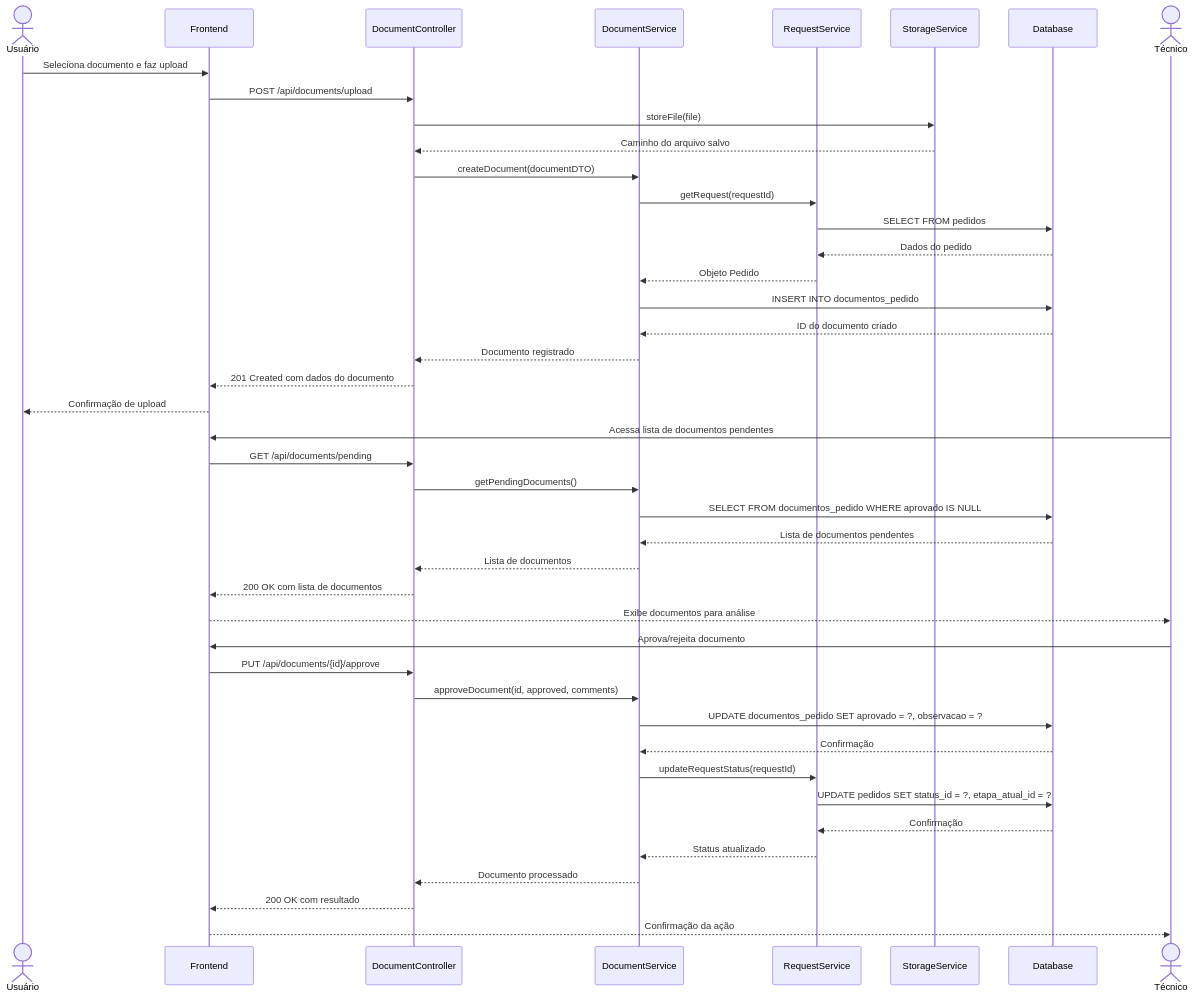
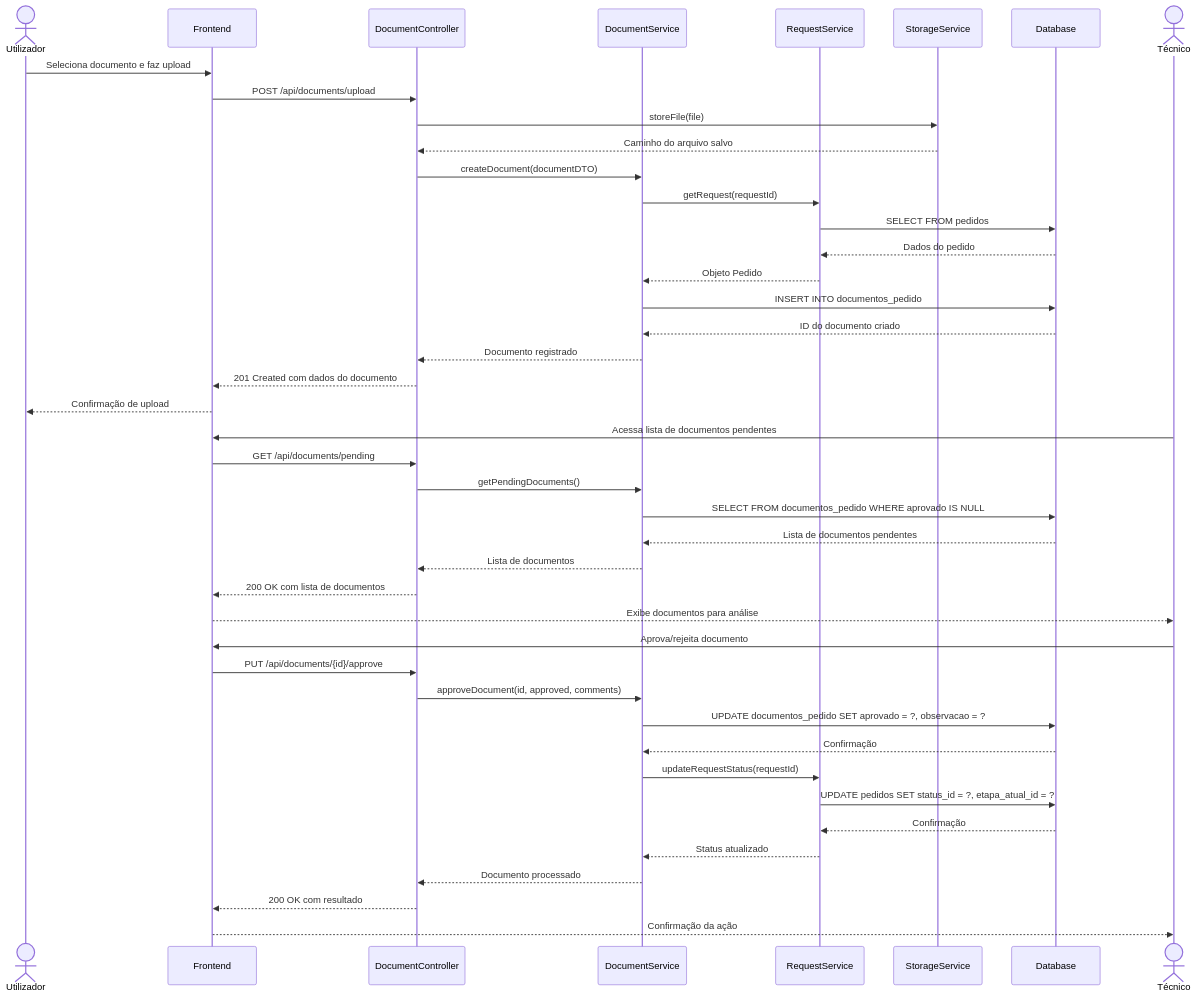
Before and after one commit to tchspprtcv/simple: the third of 5 diagrams in docs/dev/sequence_diagrams.md, drawn with Mermaid. The commit also changed other lines of this file and 24 other files, not shown here.

````diff
--- a/docs/dev/sequence_diagrams.md
+++ b/docs/dev/sequence_diagrams.md
@@ -96,53 +96,53 @@
 ```mermaid
 sequenceDiagram
-    actor Usuário
+    actor Utilizador
     participant Frontend
     participant DocumentController
     participant DocumentService
     participant RequestService
     participant StorageService
     participant Database
     
-    Usuário->>Frontend: Seleciona documento e faz upload
+    Utilizador->>Frontend: Seleciona documento e faz upload
     Frontend->>DocumentController: POST /api/documents/upload
     
     DocumentController->>StorageService: storeFile(file)
     StorageService-->>DocumentController: Caminho do arquivo salvo
     
     DocumentController->>DocumentService: createDocument(documentDTO)
     DocumentService->>RequestService: getRequest(requestId)
     RequestService->>Database: SELECT FROM pedidos
     Database-->>RequestService: Dados do pedido
     RequestService-->>DocumentService: Objeto Pedido
     
     DocumentService->>Database: INSERT INTO documentos_pedido
     Database-->>DocumentService: ID do documento criado
     DocumentService-->>DocumentController: Documento registrado
     DocumentController-->>Frontend: 201 Created com dados do documento
-    Frontend-->>Usuário: Confirmação de upload
+    Frontend-->>Utilizador: Confirmação de upload
     
     actor Técnico
     Técnico->>Frontend: Acessa lista de documentos pendentes
     Frontend->>DocumentController: GET /api/documents/pending
     DocumentController->>DocumentService: getPendingDocuments()
     DocumentService->>Database: SELECT FROM documentos_pedido WHERE aprovado IS NULL
     Database-->>DocumentService: Lista de documentos pendentes
     DocumentService-->>DocumentController: Lista de documentos
     DocumentController-->>Frontend: 200 OK com lista de documentos
     Frontend-->>Técnico: Exibe documentos para análise
     
     Técnico->>Frontend: Aprova/rejeita documento
     Frontend->>DocumentController: PUT /api/documents/{id}/approve
     DocumentController->>DocumentService: approveDocument(id, approved, comments)
     DocumentService->>Database: UPDATE documentos_pedido SET aprovado = ?, observacao = ?
     Database-->>DocumentService: Confirmação
     
     DocumentService->>RequestService: updateRequestStatus(requestId)
     RequestService->>Database: UPDATE pedidos SET status_id = ?, etapa_atual_id = ?
     Database-->>RequestService: Confirmação
     RequestService-->>DocumentService: Status atualizado
     
     DocumentService-->>DocumentController: Documento processado
     DocumentController-->>Frontend: 200 OK com resultado
     Frontend-->>Técnico: Confirmação da ação
 ```
````
